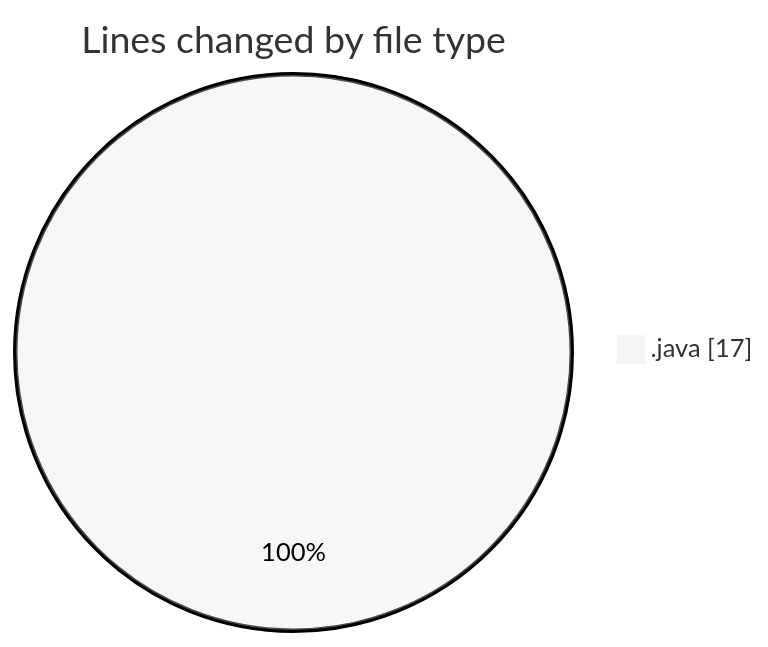
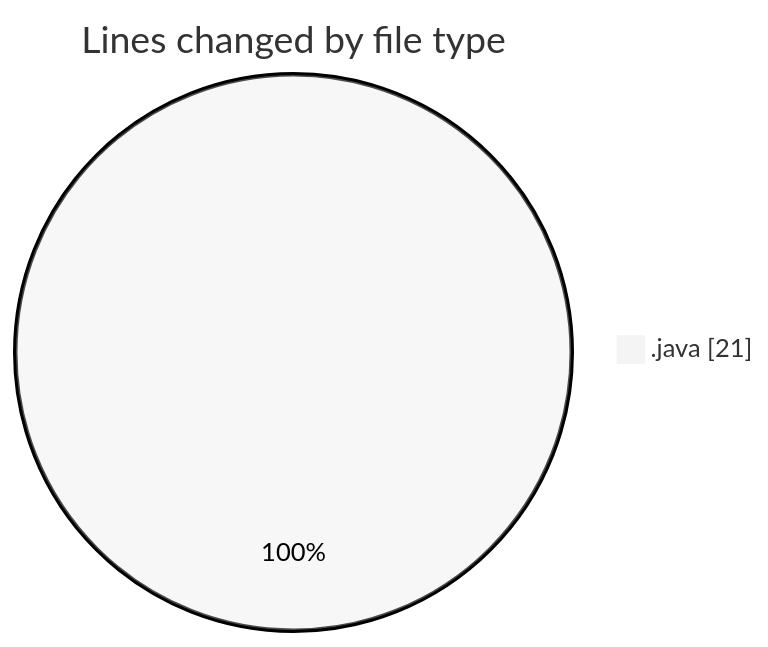
The first of 2 diagrams in 2025-01-29/java/README.md (NitaiMahat/code-tracking), drawn with Mermaid (neutral theme) before and after one commit. The commit also changed other lines of this file and 1 other file, not shown here.

````diff
--- a/2025-01-29/java/README.md
+++ b/2025-01-29/java/README.md
@@ -22,5 +23,5 @@
 ```mermaid
 pie showData
 title Lines changed by file type
-".java" : 17
+".java" : 21
 ```
````
